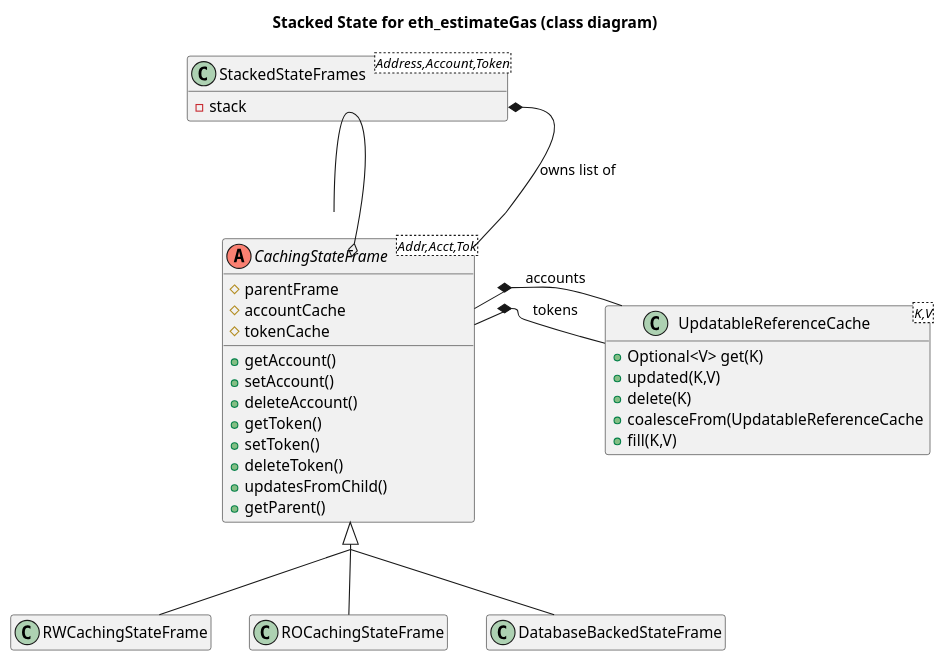
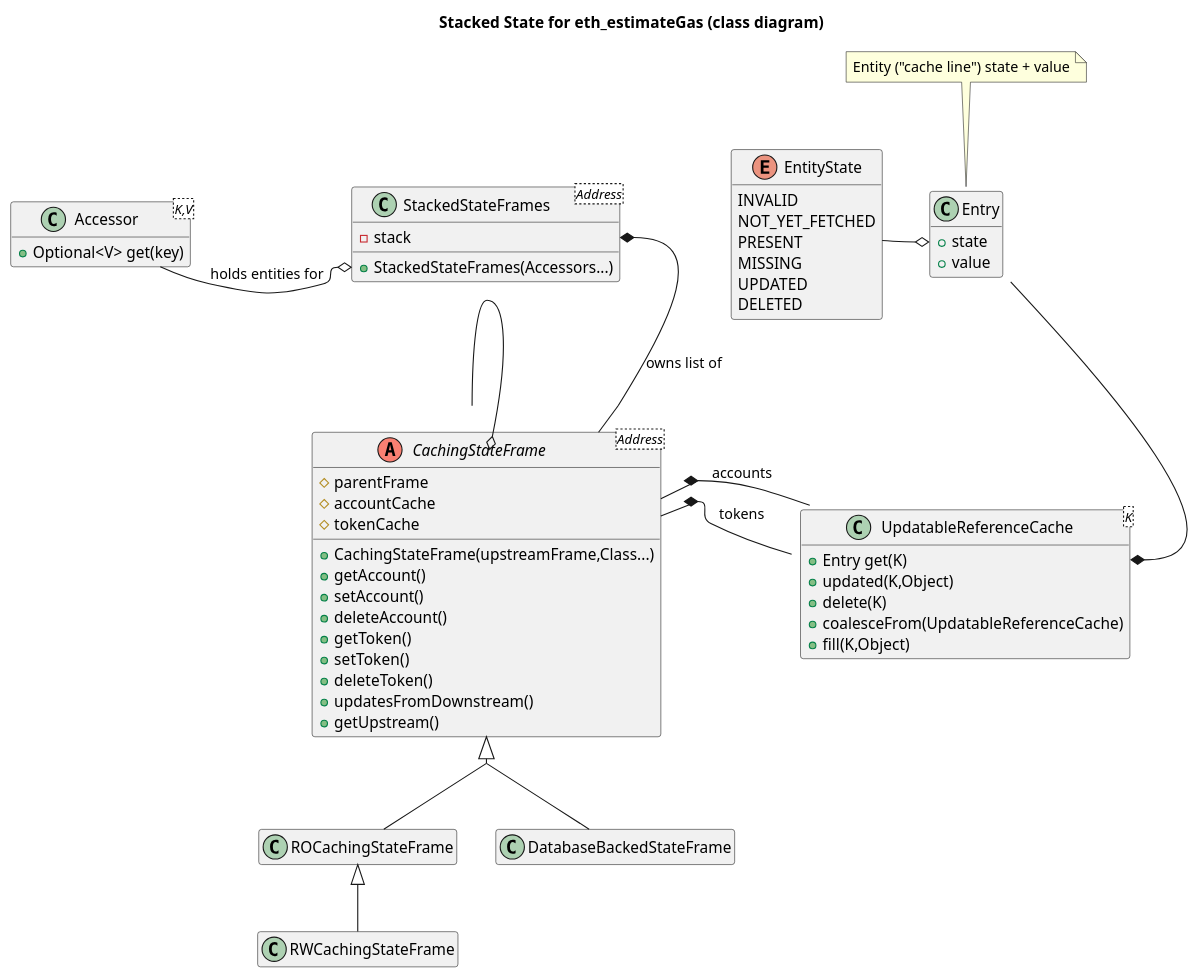
Before and after one commit to hashgraph/hedera-mirror-node: the diagram in hedera-mirror-web3/src/main/java/com/hedera/mirror/web3/evm/store/hedera/docs/ClassDiagram-StackedStateFrames.puml, drawn with PlantUML. The commit also changed 16 other files, not shown here.

```diff
--- a/hedera-mirror-web3/src/main/java/com/hedera/mirror/web3/evm/store/hedera/docs/ClassDiagram-StackedStateFrames.puml
+++ b/hedera-mirror-web3/src/main/java/com/hedera/mirror/web3/evm/store/hedera/docs/ClassDiagram-StackedStateFrames.puml
@@ -1,39 +1,65 @@
 @startuml
 title Stacked State for eth_estimateGas (class diagram)
 hide empty members
-class UpdatableReferenceCache<K,V> {
-  +Optional<V> get(K)
-  +updated(K,V)
-  +delete(K)
-  +coalesceFrom(UpdatableReferenceCache
-  +fill(K,V)
+
+enum EntityState {
+  INVALID
+  NOT_YET_FETCHED
+  PRESENT
+  MISSING
+  UPDATED
+  DELETED
 }
 
-abstract CachingStateFrame<Addr,Acct,Tok> <<(A,salmon)>> {
+class Entry {
+   +state
+   +value
+}
+note top of Entry: Entity ("cache line") state + value
+
+class UpdatableReferenceCache<K> {
+  +Entry get(K)
+  +updated(K,Object)
+  +delete(K)
+  +coalesceFrom(UpdatableReferenceCache)
+  +fill(K,Object)
+}
+
+abstract CachingStateFrame<Address> <<(A,salmon)>> {
   #parentFrame
   #accountCache
   #tokenCache
+  +CachingStateFrame(upstreamFrame,Class...)
   +getAccount()
   +setAccount()
   +deleteAccount()
   +getToken()
   +setToken()
   +deleteToken()
-  +updatesFromChild()
-  +getParent()
+  +updatesFromDownstream()
+  +getUpstream()
 }
 
-class StackedStateFrames<Address,Account,Token> {
+class Accessor<K,V> {
+  +Optional<V> get(key)
+}
+
+class StackedStateFrames<Address> {
   -stack
+  +StackedStateFrames(Accessors...)
 }
+
+Entry::state o-left- EntityState
+UpdatableReferenceCache::get *-up- Entry
 
 StackedStateFrames::stack *-- CachingStateFrame : owns list of
 CachingStateFrame::parentFrame o- CachingStateFrame
 CachingStateFrame::accountCache *- UpdatableReferenceCache : accounts
 CachingStateFrame::tokenCache *- UpdatableReferenceCache : tokens
-CachingStateFrame <|-- RWCachingStateFrame
+ROCachingStateFrame <|-- RWCachingStateFrame
 CachingStateFrame <|-- ROCachingStateFrame
 CachingStateFrame <|-- DatabaseBackedStateFrame
+StackedStateFrames::StackedStateFrames o-left- Accessor : holds entities for
 
 skinparam groupInheritance 2
 @enduml
```
